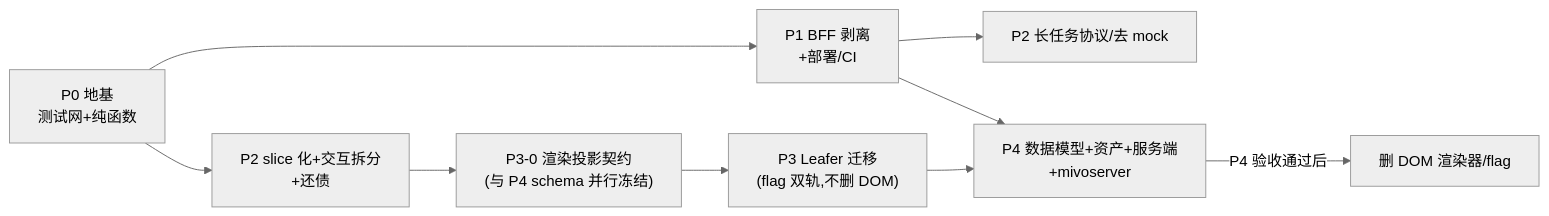
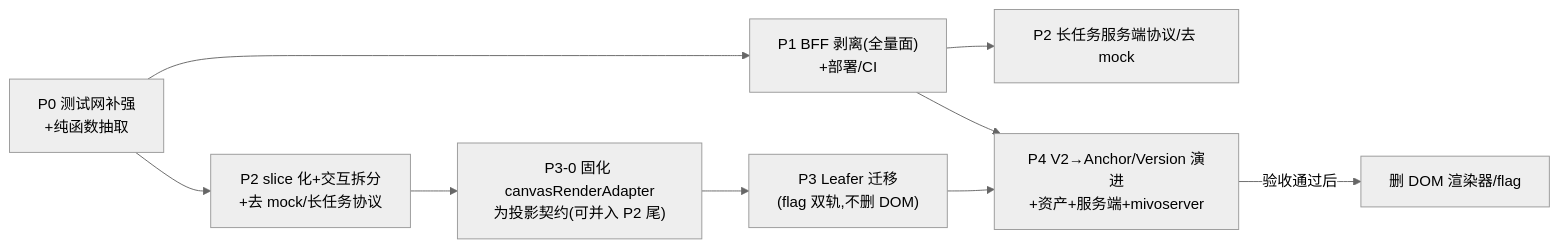
One commit to xindong/mivo-canvas changed the diagram in docs/plan/productization-roadmap.md. Above: the diagram before and after it, drawn with Mermaid (neutral theme). The commit also changed other lines of this file, not shown here.

First line of the commit message:
docs: 路线图升级 rev3——对齐 origin/main 22e2e4c(3×盘查整合)

````diff
--- a/docs/plan/productization-roadmap.md
+++ b/docs/plan/productization-roadmap.md
@@ -41,11 +36,11 @@
 ```mermaid
 flowchart LR
-    P0["P0 地基<br/>测试网+纯函数"] --> P1["P1 BFF 剥离<br/>+部署/CI"]
-    P0 --> P2["P2 slice 化+交互拆分<br/>+还债"]
-    P1 --> P2X["P2 长任务协议/去 mock"]
-    P2 --> P30["P3-0 渲染投影契约<br/>(与 P4 schema 并行冻结)"]
+    P0["P0 测试网补强<br/>+纯函数抽取"] --> P1["P1 BFF 剥离(全量面)<br/>+部署/CI"]
+    P0 --> P2["P2 slice 化+交互拆分<br/>+去 mock/长任务协议"]
+    P1 --> P2X["P2 长任务服务端协议/去 mock"]
+    P2 --> P30["P3-0 固化 canvasRenderAdapter<br/>为投影契约(可并入 P2 尾)"]
     P30 --> P3["P3 Leafer 迁移<br/>(flag 双轨,不删 DOM)"]
-    P1 --> P4["P4 数据模型+资产+服务端<br/>+mivoserver"]
+    P1 --> P4["P4 V2→Anchor/Version 演进<br/>+资产+服务端+mivoserver"]
     P3 --> P4
-    P4 -->|"P4 验收通过后"| CLEAN["删 DOM 渲染器/flag"]
+    P4 -->|"验收通过后"| CLEAN["删 DOM 渲染器/flag"]
 ```
````
